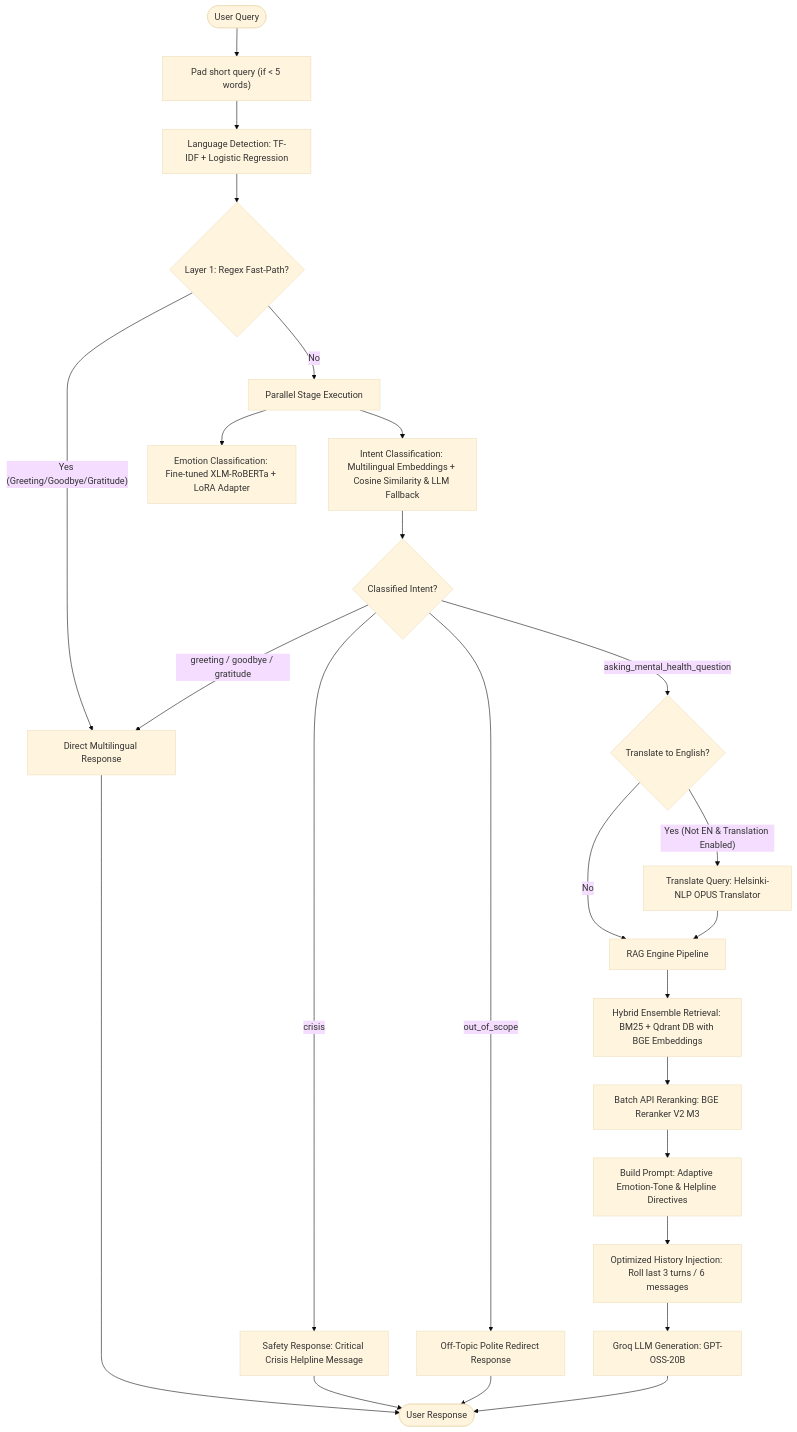
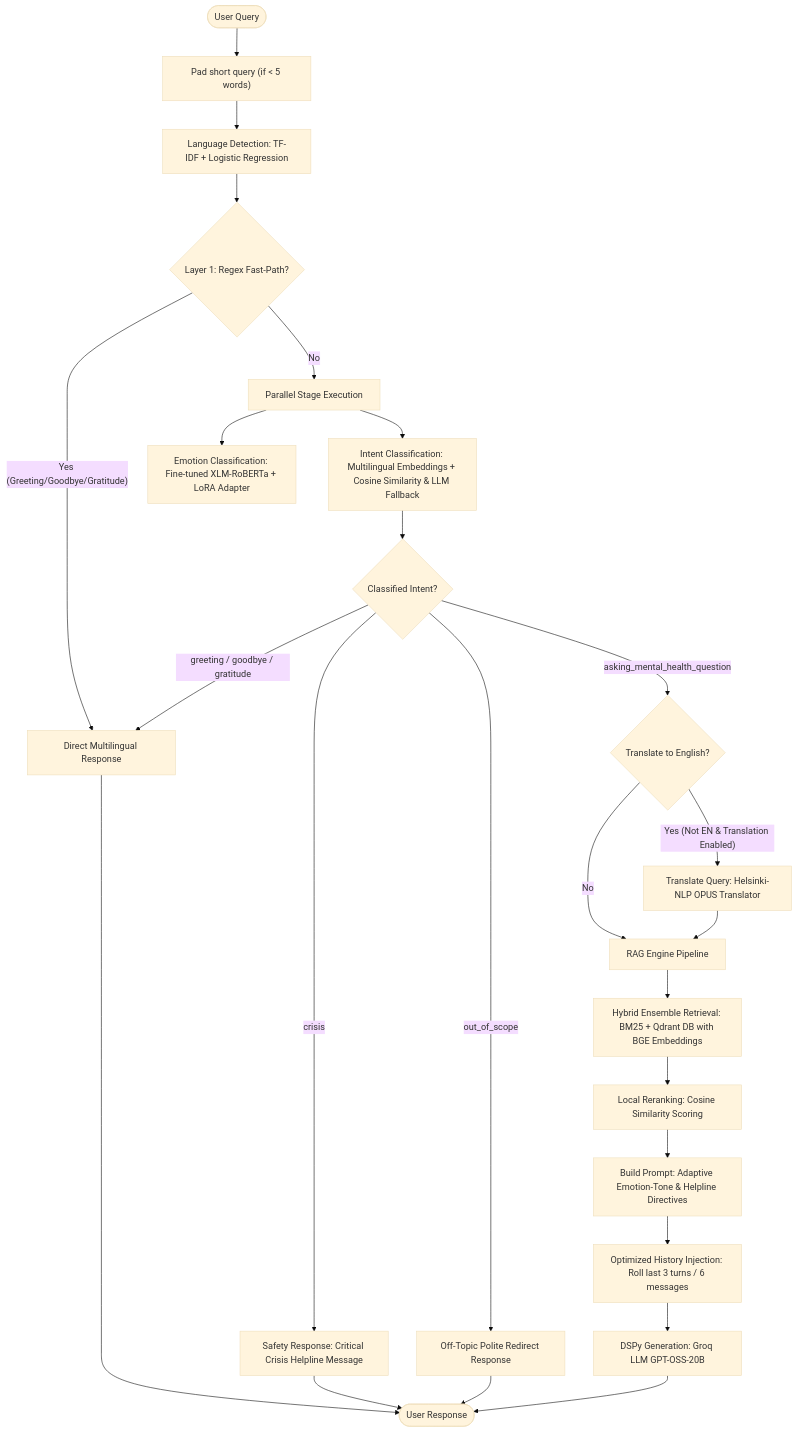
The diagram in README.md (Mazen149/Mental-Health-RAG-Chatbot), drawn with Mermaid (base theme) before and after one commit. The commit also changed other lines of this file and 12 other files, not shown here.

````diff
--- a/README.md
+++ b/README.md
@@ -30,41 +31,41 @@
 ```mermaid
 graph TD
     UserQuery([User Query]) --> PadShortQuery["Pad short query (if < 5 words)"]
     PadShortQuery --> LangDetect["Language Detection: TF-IDF + Logistic Regression"]
     LangDetect --> Layer1Router{"Layer 1: Regex Fast-Path?"}
     
     %% Direct Responses
     Layer1Router -- "Yes (Greeting/Goodbye/Gratitude)" --> DirectResponse["Direct Multilingual Response"]
     DirectResponse --> Output([User Response])
 
     %% NLP Processing Layer
     Layer1Router -- "No" --> ClassificationFork["Parallel Stage Execution"]
     
     %% Parallel Classification
     ClassificationFork --> IntentClass["Intent Classification: Multilingual Embeddings + Cosine Similarity & LLM Fallback"]
     ClassificationFork --> EmotionClass["Emotion Classification: Fine-tuned XLM-RoBERTa + LoRA Adapter"]
 
     %% Intent Routing Decision
     IntentClass --> IntentRouter{"Classified Intent?"}
     
     IntentRouter -- "greeting / goodbye / gratitude" --> DirectResponse
     
     IntentRouter -- "crisis" --> CrisisResponse["Safety Response: Critical Crisis Helpline Message"]
     CrisisResponse --> Output
 
     IntentRouter -- "out_of_scope" --> RedirectResponse["Off-Topic Polite Redirect Response"]
     RedirectResponse --> Output
 
     IntentRouter -- "asking_mental_health_question" --> TranslationCheck{"Translate to English?"}
     TranslationCheck -- "Yes (Not EN & Translation Enabled)" --> TransEngine["Translate Query: Helsinki-NLP OPUS Translator"]
     TranslationCheck -- "No" --> RAGEngine["RAG Engine Pipeline"]
     TransEngine --> RAGEngine
     
     %% RAG Engine Pipeline
     RAGEngine --> HybridRetrieval["Hybrid Ensemble Retrieval: BM25 + Qdrant DB with BGE Embeddings"]
-    HybridRetrieval --> Reranker["Batch API Reranking: BGE Reranker V2 M3"]
+    HybridRetrieval --> Reranker["Local Reranking: Cosine Similarity Scoring"]
     Reranker --> BuildPrompt["Build Prompt: Adaptive Emotion-Tone & Helpline Directives"]
     BuildPrompt --> HistoryPruning["Optimized History Injection: Roll last 3 turns / 6 messages"]
-    HistoryPruning --> GroqLLM["Groq LLM Generation: GPT-OSS-20B"]
+    HistoryPruning --> GroqLLM["DSPy Generation: Groq LLM GPT-OSS-20B"]
     GroqLLM --> Output
 ```
````
